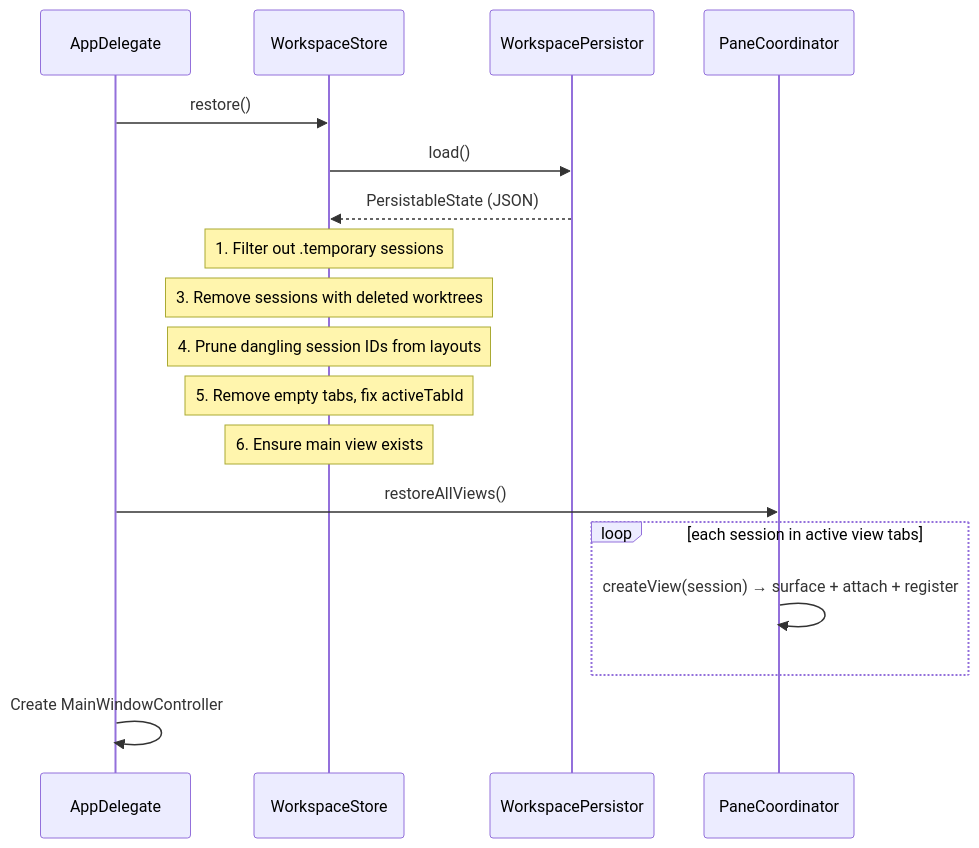
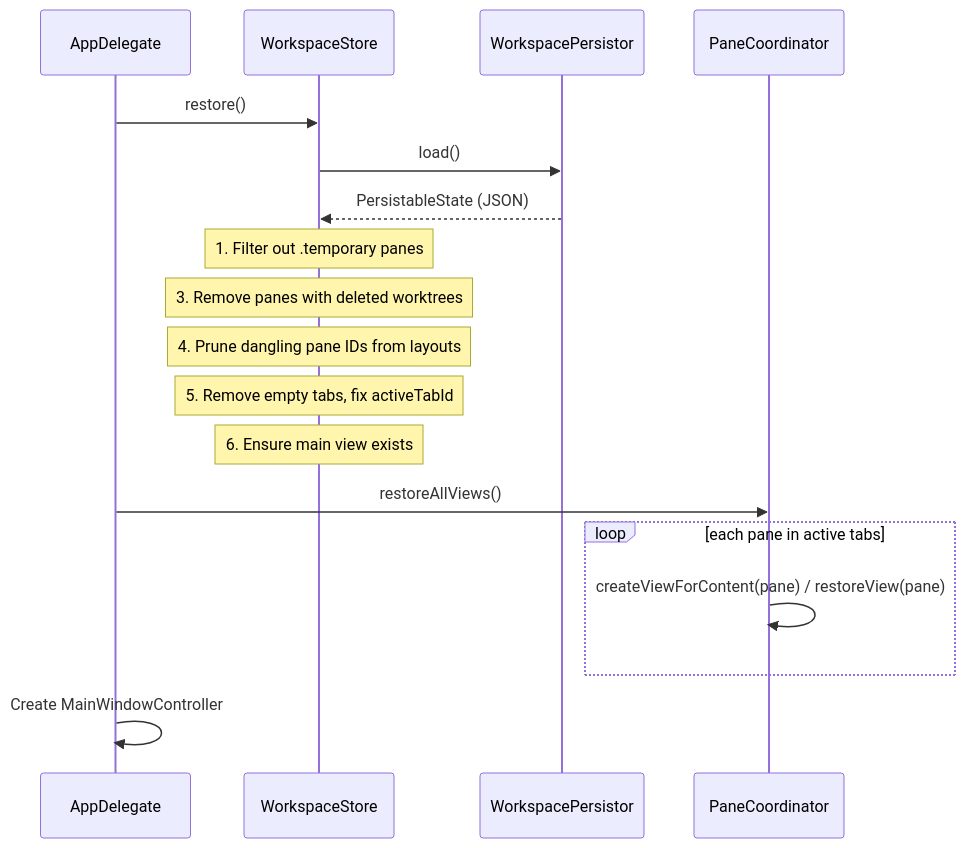
Before and after one commit to ShravanSunder/agentstudio: the fourth of 5 diagrams in docs/architecture/session_lifecycle.md, drawn with Mermaid. The commit also changed other lines of this file and 15 other files, not shown here.

````diff
--- a/docs/architecture/session_lifecycle.md
+++ b/docs/architecture/session_lifecycle.md
@@ -153,24 +150,24 @@
 ```mermaid
 sequenceDiagram
     participant AD as AppDelegate
     participant Store as WorkspaceStore
     participant P as WorkspacePersistor
     participant Coord as PaneCoordinator
 
     AD->>Store: restore()
     Store->>P: load()
     P-->>Store: PersistableState (JSON)
 
-    Note over Store: 1. Filter out .temporary sessions
-    Note over Store: 3. Remove sessions with deleted worktrees
-    Note over Store: 4. Prune dangling session IDs from layouts
+    Note over Store: 1. Filter out .temporary panes
+    Note over Store: 3. Remove panes with deleted worktrees
+    Note over Store: 4. Prune dangling pane IDs from layouts
     Note over Store: 5. Remove empty tabs, fix activeTabId
     Note over Store: 6. Ensure main view exists
 
     AD->>Coord: restoreAllViews()
-    loop each session in active view tabs
-        Coord->>Coord: createView(session) → surface + attach + register
+    loop each pane in active tabs
+        Coord->>Coord: createViewForContent(pane) / restoreView(pane)
     end
 
     AD->>AD: Create MainWindowController
 ```
````
